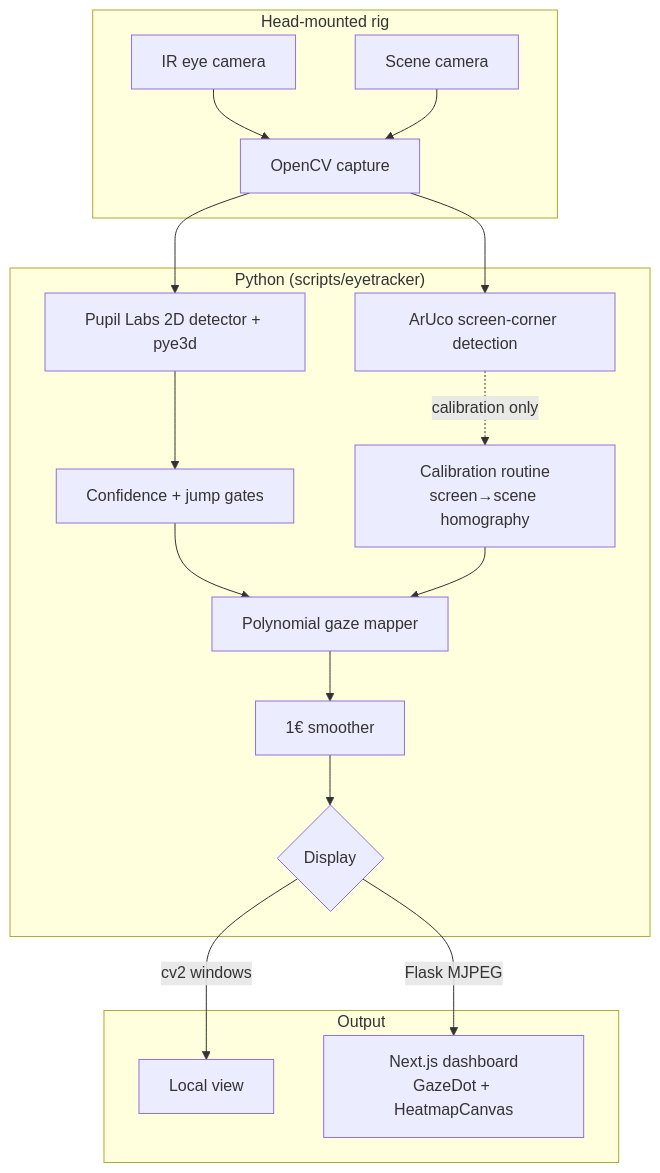
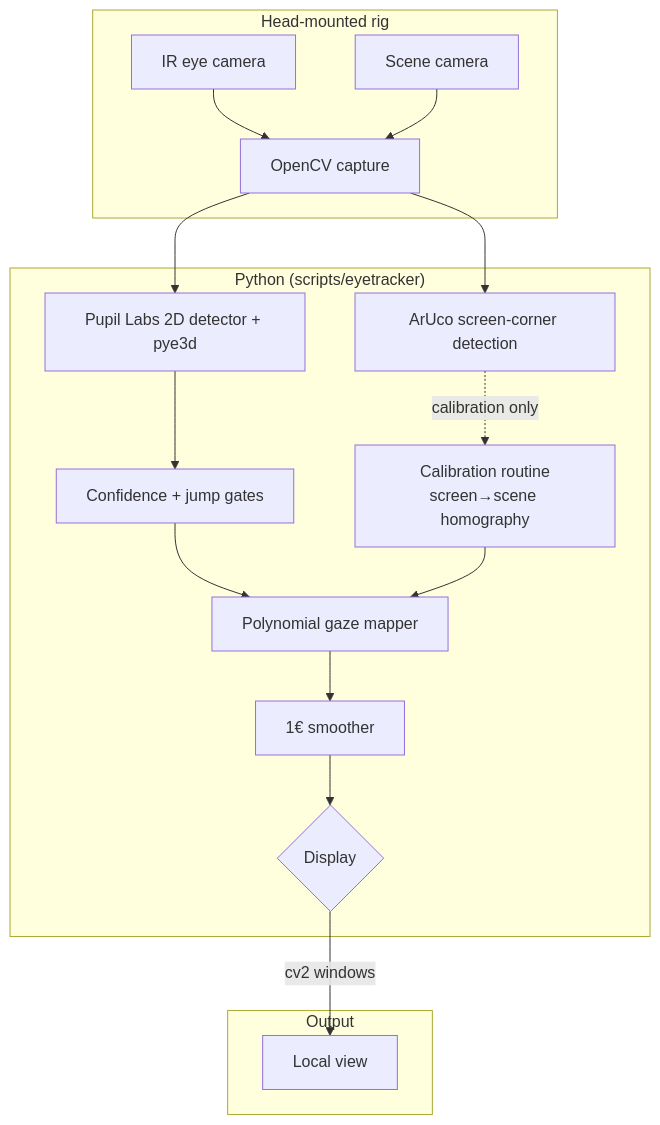
The diagram in README.md (danielkaijzer/Eye-Tracker), drawn with Mermaid before and after one commit. The commit also changed other lines of this file and 41 other files, not shown here.

````diff
--- a/README.md
+++ b/README.md
@@ -113,23 +75,22 @@
 ```mermaid
 graph TD
     subgraph Hardware ["Head-mounted rig"]
         EYE[IR eye camera] --> CAP[OpenCV capture]
         SCN[Scene camera] --> CAP
     end
 
     subgraph Backend ["Python (scripts/eyetracker)"]
         CAP --> PD[Pupil Labs 2D detector + pye3d]
         PD --> GATE[Confidence + jump gates]
         GATE --> POLY[Polynomial gaze mapper]
         CAP --> ARUCO[ArUco screen-corner detection]
         ARUCO -. calibration only .-> CAL[Calibration routine<br/>screen→scene homography]
         CAL --> POLY
         POLY --> SMOOTH[1€ smoother]
         SMOOTH --> OUT{Display}
     end
 
     subgraph Output
         OUT -->|cv2 windows| CV[Local view]
-        OUT -->|Flask MJPEG| WEB[Next.js dashboard<br/>GazeDot + HeatmapCanvas]
     end
 ```
````
